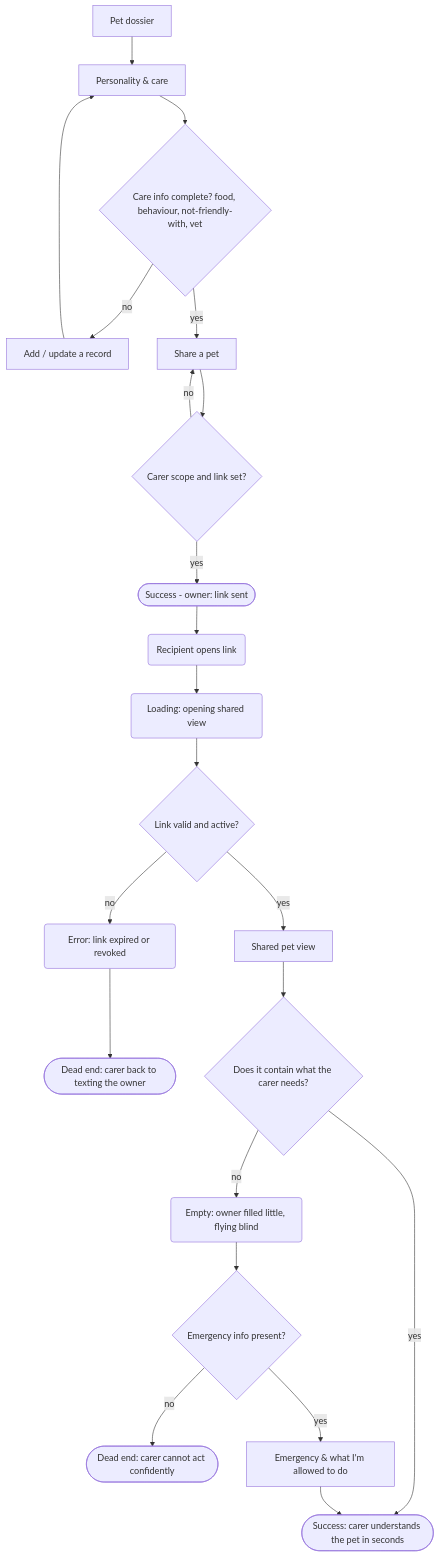
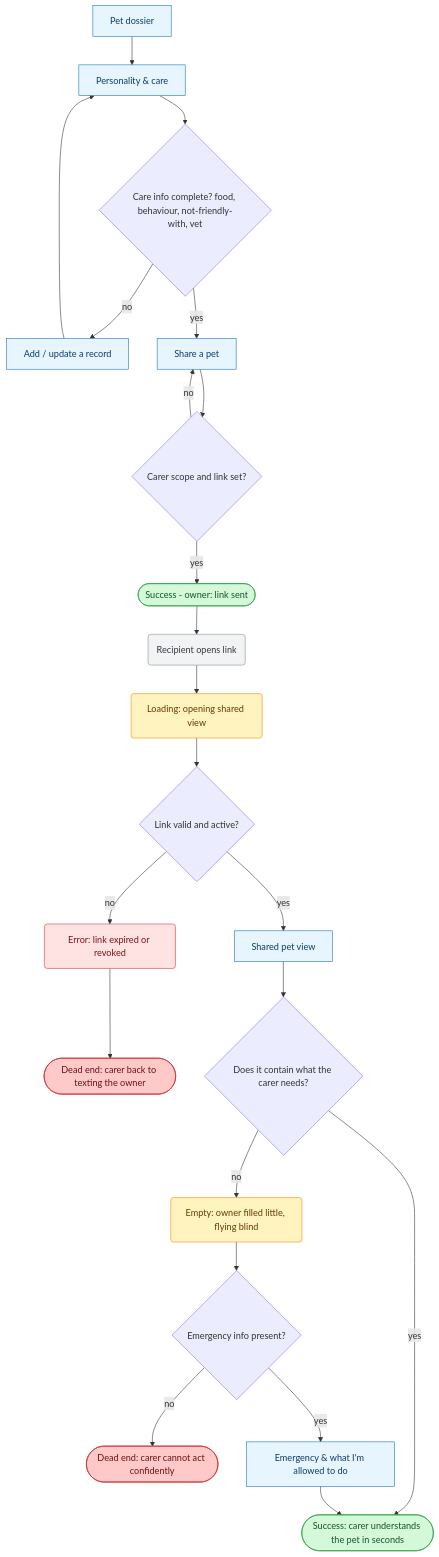
One commit to anaferens/pet-pal changed the second of 4 diagrams in research/flows.md. Above: the diagram before and after it, drawn with Mermaid. The commit also changed other lines of this file, not shown here.

First line of the commit message:
Colour-code user-flow diagrams

````diff
--- a/research/flows.md
+++ b/research/flows.md
@@ -53,24 +73,37 @@
 ```mermaid
 flowchart TD
   Dossier["Pet dossier"] --> Care["Personality & care"]
   Care --> Q1{"Care info complete? food, behaviour, not-friendly-with, vet"}
   Q1 -->|no| AddRec["Add / update a record"]
   AddRec --> Care
   Q1 -->|yes| Share["Share a pet"]
   Share --> Q2{"Carer scope and link set?"}
   Q2 -->|no| Share
   Q2 -->|yes| Sent(["Success - owner: link sent"])
   Sent --> Open("Recipient opens link")
   Open --> Load("Loading: opening shared view")
   Load --> Q3{"Link valid and active?"}
   Q3 -->|no| LinkErr("Error: link expired or revoked")
   LinkErr --> DeadLink(["Dead end: carer back to texting the owner"])
   Q3 -->|yes| SharedView["Shared pet view"]
   SharedView --> Q4{"Does it contain what the carer needs?"}
   Q4 -->|yes| Understood(["Success: carer understands the pet in seconds"])
   Q4 -->|no| Empty("Empty: owner filled little, flying blind")
   Empty --> Q5{"Emergency info present?"}
   Q5 -->|no| DeadGap(["Dead end: carer cannot act confidently"])
   Q5 -->|yes| Emerg["Emergency & what I'm allowed to do"]
   Emerg --> Understood
+
+  classDef screen fill:#e7f5ff,stroke:#1971c2,color:#0b3d66;
+  classDef state fill:#fff3bf,stroke:#f08c00,color:#663c00;
+  classDef error fill:#ffe3e3,stroke:#e03131,color:#7a1212;
+  classDef success fill:#d3f9d8,stroke:#2f9e44,color:#14532d;
+  classDef deadend fill:#ffc9c9,stroke:#c92a2a,color:#6a1212;
+  classDef start fill:#f1f3f5,stroke:#868e96,color:#343a40;
+  class Open start;
+  class Dossier,Care,AddRec,Share,SharedView,Emerg screen;
+  class Load,Empty state;
+  class LinkErr error;
+  class Sent,Understood success;
+  class DeadLink,DeadGap deadend;
 ```
````
